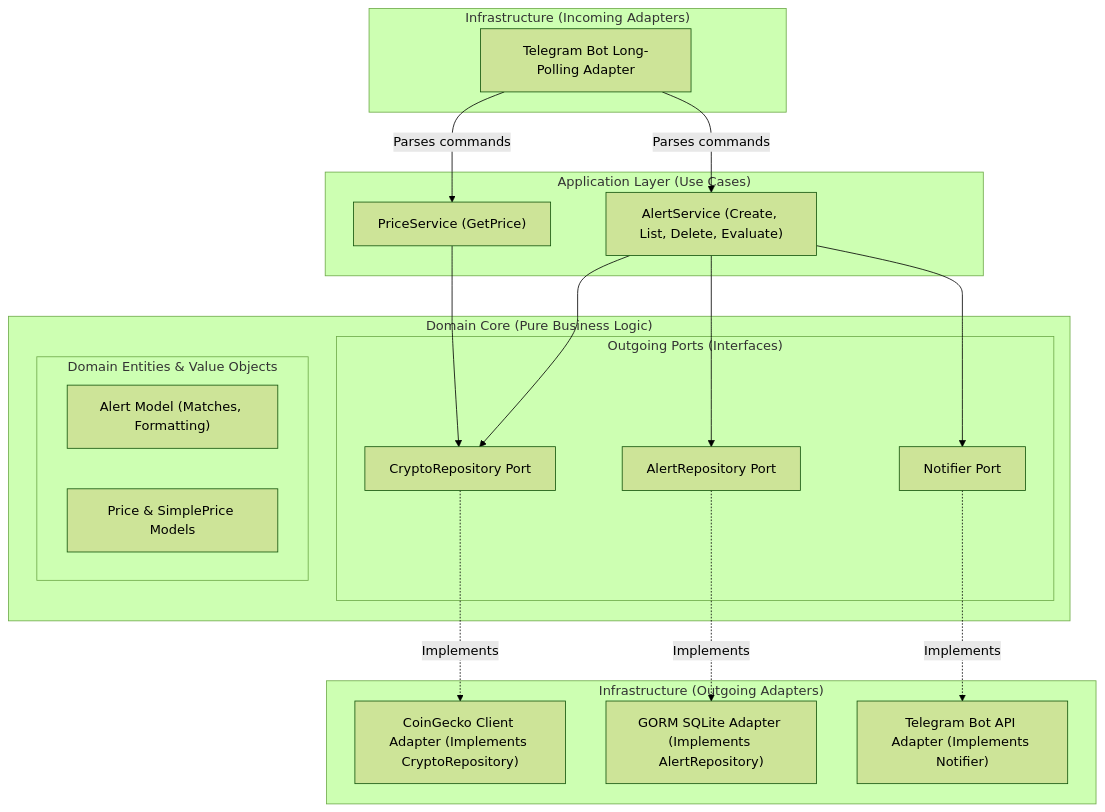
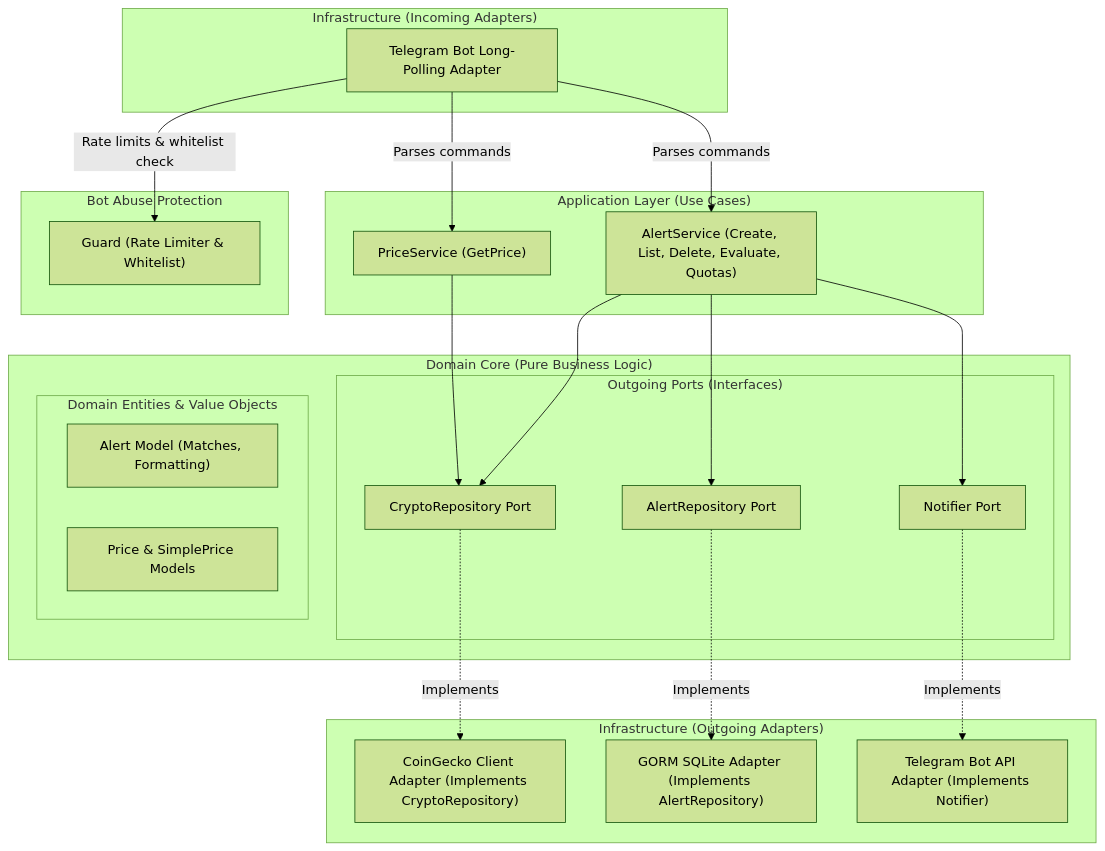
Before and after one commit to wyveriano/crypto-record-bot: the first of 8 diagrams in README.md, drawn with Mermaid (forest theme). The commit also changed other lines of this file and 13 other files, not shown here.

Commit message:
feat: add guard rate limiter and per-user alert quota for public deployment

````diff
--- a/README.md
+++ b/README.md
@@ -46,40 +47,45 @@
 ```mermaid
 graph TD
     subgraph Infrastructure_In ["Infrastructure (Incoming Adapters)"]
         TG["Telegram Bot Long-Polling Adapter"]
     end
 
+    subgraph Protection ["Bot Abuse Protection"]
+        Guard["Guard (Rate Limiter & Whitelist)"]
+    end
+
     subgraph Application ["Application Layer (Use Cases)"]
         PS["PriceService (GetPrice)"]
-        AS["AlertService (Create, List, Delete, Evaluate)"]
+        AS["AlertService (Create, List, Delete, Evaluate, Quotas)"]
     end
 
     subgraph Domain ["Domain Core (Pure Business Logic)"]
         subgraph Ports ["Outgoing Ports (Interfaces)"]
             Notifier["Notifier Port"]
             CryptoRepo["CryptoRepository Port"]
             AlertRepo["AlertRepository Port"]
         end
         subgraph Models ["Domain Entities & Value Objects"]
             Alert["Alert Model (Matches, Formatting)"]
             Price["Price & SimplePrice Models"]
         end
     end
 
     subgraph Infrastructure_Out ["Infrastructure (Outgoing Adapters)"]
         TGBot["Telegram Bot API Adapter (Implements Notifier)"]
         GeckoRepo["CoinGecko Client Adapter (Implements CryptoRepository)"]
         GormRepo["GORM SQLite Adapter (Implements AlertRepository)"]
     end
 
+    TG -->|Rate limits & whitelist check| Guard
     TG -->|Parses commands| PS
     TG -->|Parses commands| AS
     PS --> CryptoRepo
     AS --> CryptoRepo
     AS --> AlertRepo
     AS --> Notifier
 
     Notifier -.->|Implements| TGBot
     CryptoRepo -.->|Implements| GeckoRepo
     AlertRepo -.->|Implements| GormRepo
 ```
````
